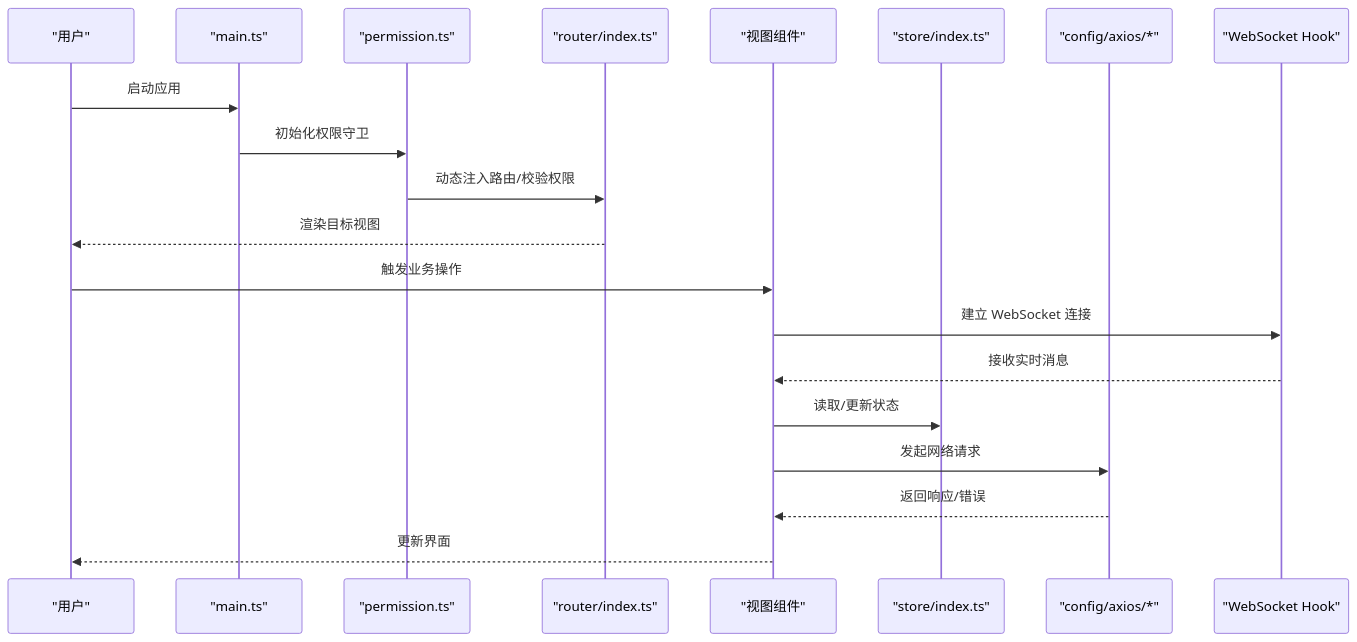
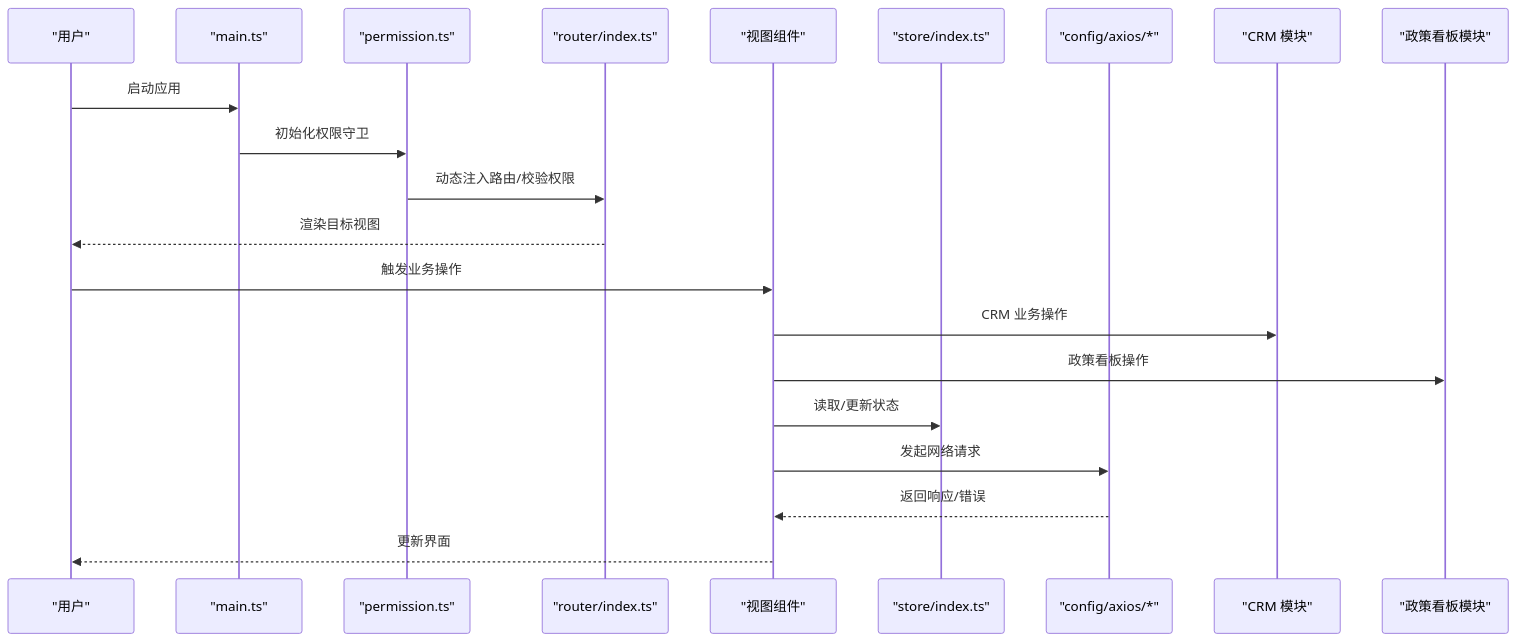
The second of 16 diagrams in .qoder/repowiki/zh/content/前端架构/前端架构.md (xiaoche80s-tech/rouyi-vue-pro), drawn with Mermaid before and after one commit. The commit also changed other lines of this file and 900 other files, not shown here.

````diff
--- a/.qoder/repowiki/zh/content/前端架构/前端架构.md
+++ b/.qoder/repowiki/zh/content/前端架构/前端架构.md
@@ -196,22 +230,23 @@
 ```mermaid
 sequenceDiagram
 participant U as "用户"
 participant M as "main.ts"
 participant P as "permission.ts"
 participant R as "router/index.ts"
 participant V as "视图组件"
 participant S as "store/index.ts"
 participant A as "config/axios/*"
-participant W as "WebSocket Hook"
+participant CRM as "CRM 模块"
+participant POL as "政策看板模块"
 U->>M : 启动应用
 M->>P : 初始化权限守卫
 P->>R : 动态注入路由/校验权限
 R-->>U : 渲染目标视图
 U->>V : 触发业务操作
-V->>W : 建立 WebSocket 连接
-W-->>V : 接收实时消息
+V->>CRM : CRM 业务操作
+V->>POL : 政策看板操作
 V->>S : 读取/更新状态
 V->>A : 发起网络请求
 A-->>V : 返回响应/错误
 V-->>U : 更新界面
 ```
````
